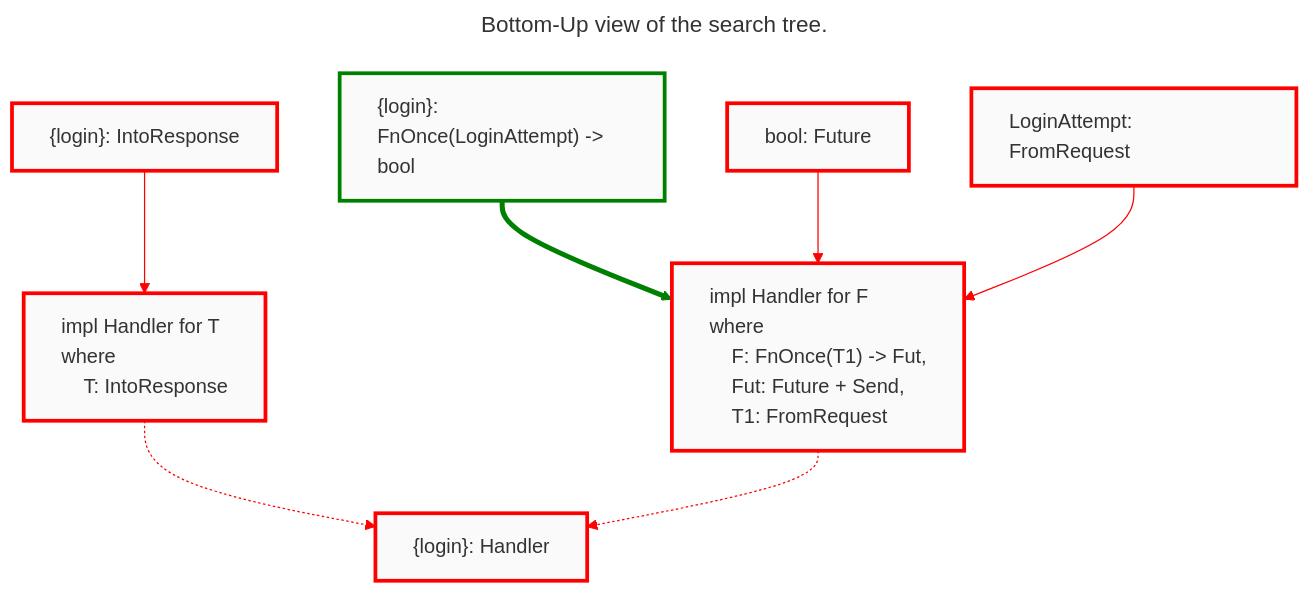
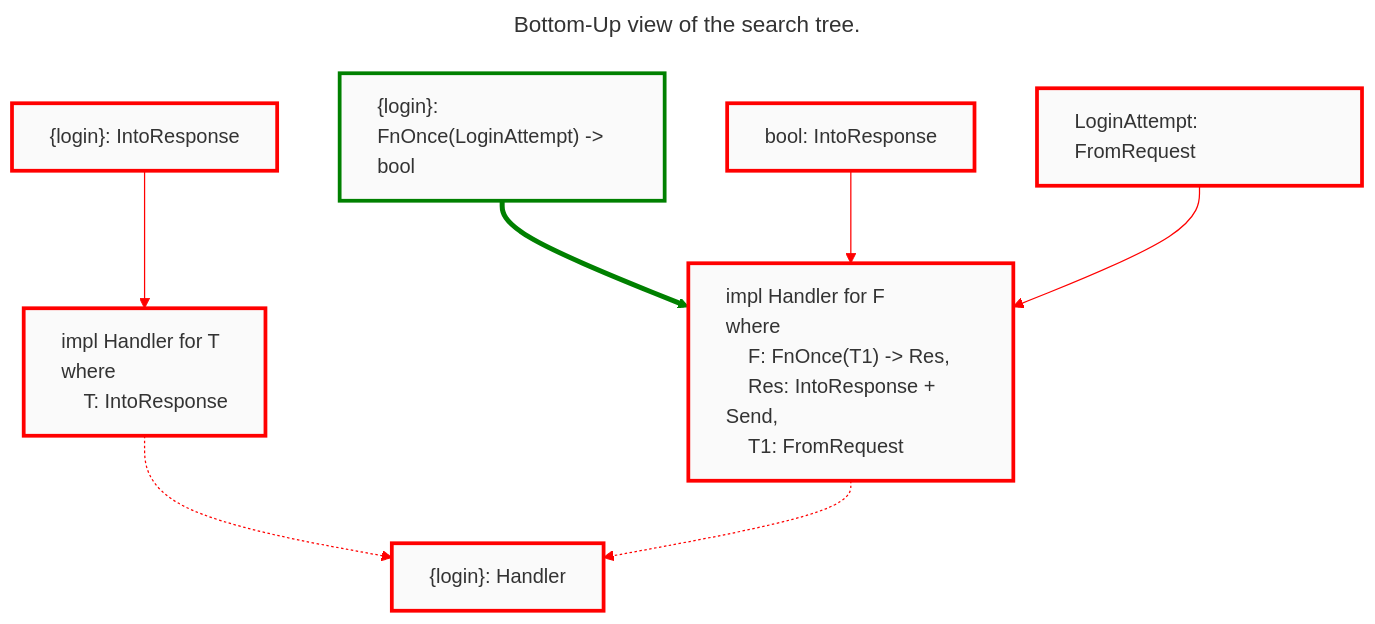
One commit to cognitive-engineering-lab/argus changed the second of 2 diagrams in book/src/trait-debugging-101.md. Above: the diagram before and after it, drawn with Mermaid. The commit also changed other lines of this file and 5 other files, not shown here.

````diff
--- a/book/src/trait-debugging-101.md
+++ b/book/src/trait-debugging-101.md
@@ -118,30 +119,30 @@
 ```mermaid 
 ---
 title: Bottom-Up view of the search tree.
 ---
 graph TD
   root["{login}: Handler"]
   implRespH["impl Handler<IntoResponseHandler, S> for T\nwhere\n&nbsp;&nbsp;&nbsp;&nbsp;T: IntoResponse"]
   intoResp["{login}: IntoResponse"]
-  implH["impl Handler<M, S> for F\nwhere\n&nbsp;&nbsp;&nbsp;&nbsp;F: FnOnce(T1) -> Fut,\n&nbsp;&nbsp;&nbsp;&nbsp;Fut: Future + Send,\n&nbsp;&nbsp;&nbsp;&nbsp;T1: FromRequest"]
+  implH["impl Handler<M, S> for F\nwhere\n&nbsp;&nbsp;&nbsp;&nbsp;F: FnOnce(T1) -> Res,\n&nbsp;&nbsp;&nbsp;&nbsp;Res: IntoResponse + Send,\n&nbsp;&nbsp;&nbsp;&nbsp;T1: FromRequest"]
   isFunc["{login}: FnOnce(LoginAttempt) -&gt; bool"]
-  boolFut["bool: Future"]
+  boolFut["bool: IntoResponse"]
   loginARqst["LoginAttempt: FromRequest"]
   
 
   implRespH -.-> root
   intoResp --> implRespH
   implH -.-> root
   isFunc --> implH
   boolFut --> implH
   loginARqst --> implH
   
   class root,implRespH,intoResp,implH,boolFut,loginARqst cssFailure
   class isFunc cssSuccess
   
   classDef default fill:#fafafa, stroke-width:3px, text-align:left
   classDef cssSuccess stroke:green
   classDef cssFailure stroke:red
   linkStyle 0,1,2,4,5 stroke:red,color:red
   linkStyle 3 stroke:green, stroke-width:4px, color:green
 ```
````
